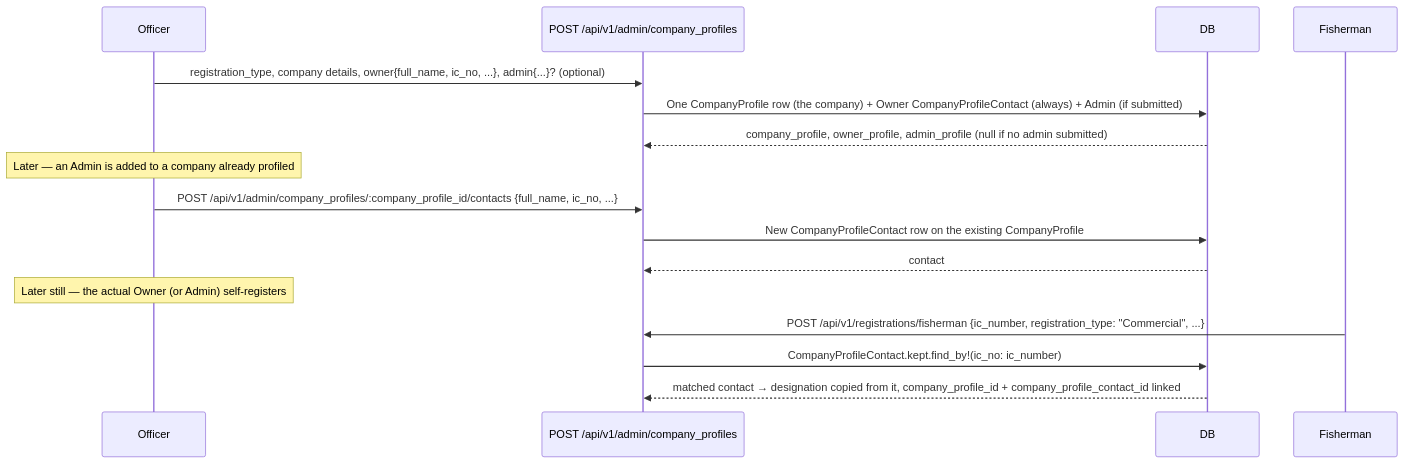
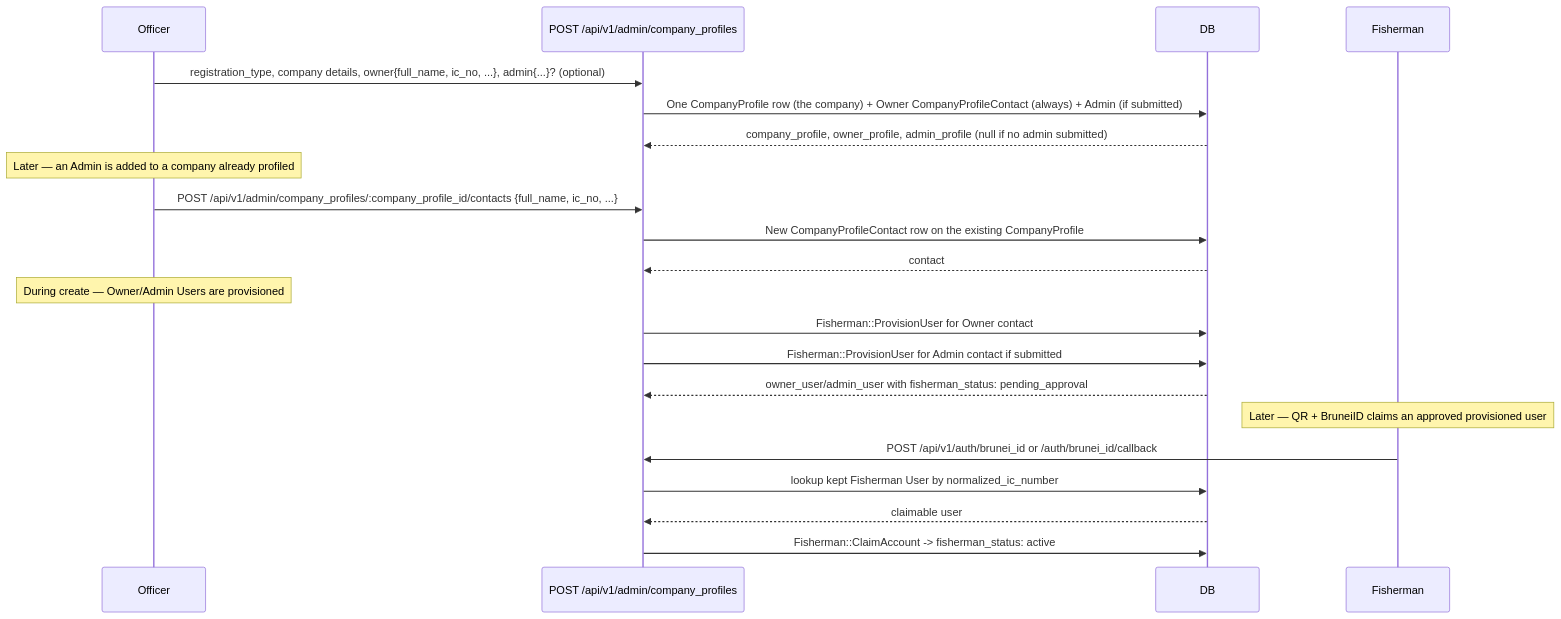
The fourth of 4 diagrams in docs/registration/business-flow.md (arya020595/st_dofi_backend), drawn with Mermaid before and after one commit. The commit also changed other lines of this file and 47 other files, not shown here.

````diff
--- a/docs/registration/business-flow.md
+++ b/docs/registration/business-flow.md
@@ -196,21 +261,27 @@
 ```mermaid
 sequenceDiagram
     participant Officer
     participant API as POST /api/v1/admin/company_profiles
     participant DB
 
     Officer->>API: registration_type, company details, owner{full_name, ic_no, ...}, admin{...}? (optional)
     API->>DB: One CompanyProfile row (the company) + Owner CompanyProfileContact (always) + Admin (if submitted)
     DB-->>API: company_profile, owner_profile, admin_profile (null if no admin submitted)
 
     Note over Officer: Later — an Admin is added to a company already profiled
     Officer->>API: POST /api/v1/admin/company_profiles/:company_profile_id/contacts {full_name, ic_no, ...}
     API->>DB: New CompanyProfileContact row on the existing CompanyProfile
     DB-->>API: contact
 
-    Note over Officer: Later still — the actual Owner (or Admin) self-registers
+    Note over Officer: During create — Owner/Admin Users are provisioned
+    API->>DB: Fisherman::ProvisionUser for Owner contact
+    API->>DB: Fisherman::ProvisionUser for Admin contact if submitted
+    DB-->>API: owner_user/admin_user with fisherman_status: pending_approval
+
+    Note over Fisherman: Later — QR + BruneiID claims an approved provisioned user
     participant Fisherman
-    Fisherman->>API: POST /api/v1/registrations/fisherman {ic_number, registration_type: "Commercial", ...}
-    API->>DB: CompanyProfileContact.kept.find_by!(ic_no: ic_number)
-    DB-->>API: matched contact → designation copied from it, company_profile_id + company_profile_contact_id linked
+    Fisherman->>API: POST /api/v1/auth/brunei_id or /auth/brunei_id/callback
+    API->>DB: lookup kept Fisherman User by normalized_ic_number
+    DB-->>API: claimable user
+    API->>DB: Fisherman::ClaimAccount -> fisherman_status: active
 ```
````
